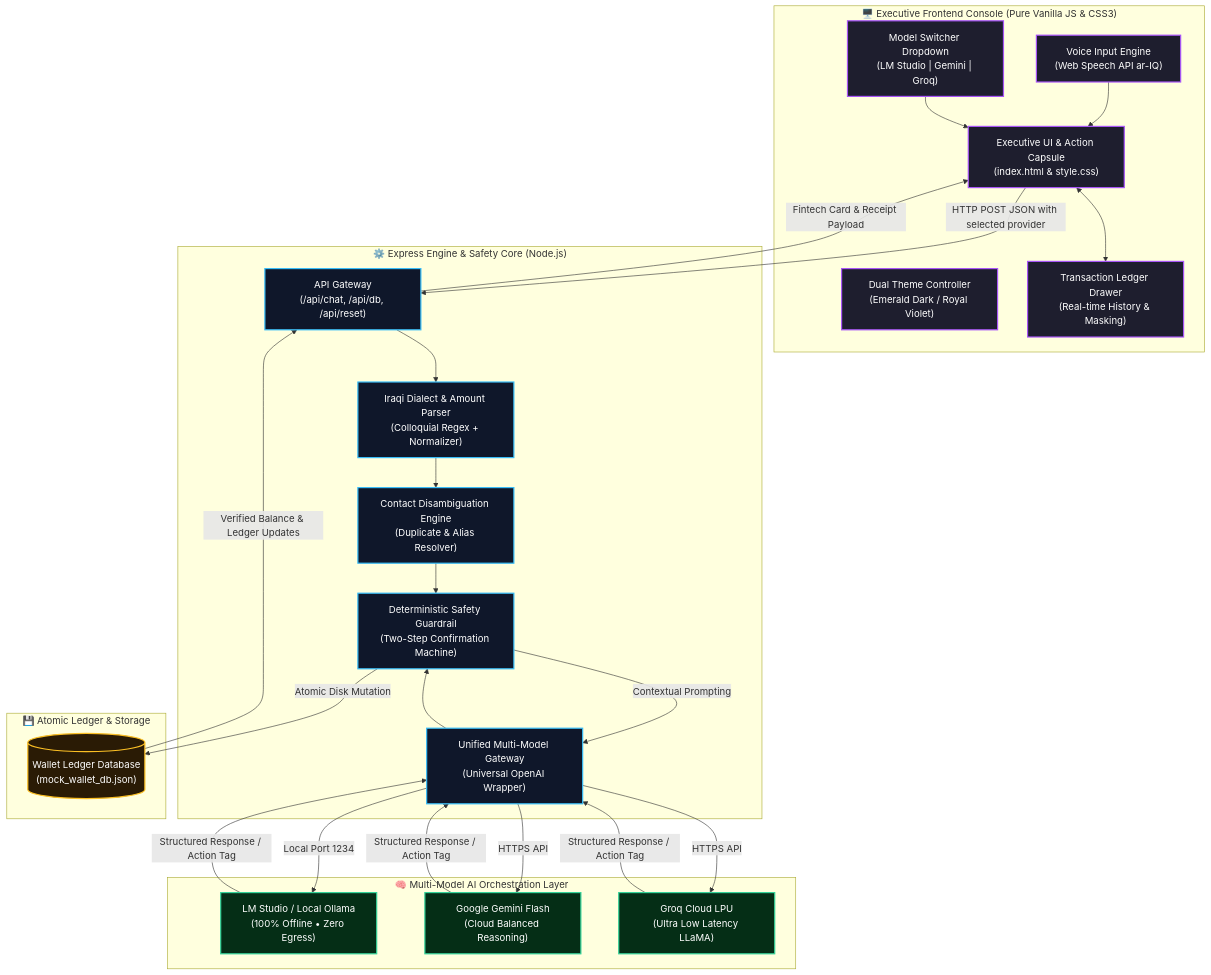
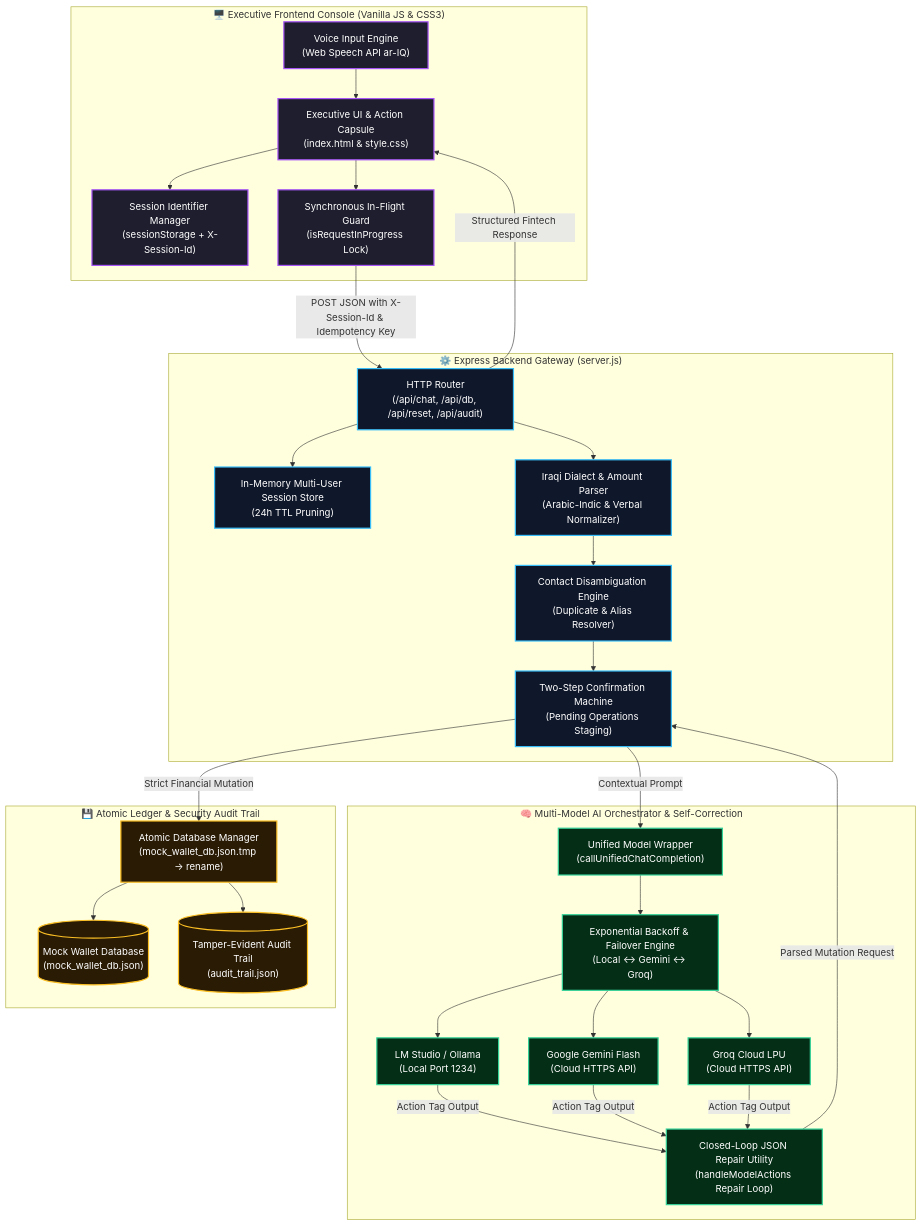
One commit to double-u9/VI changed the diagram in README.md. Above: the diagram before and after it, drawn with Mermaid. The commit also changed other lines of this file and 6 other files, not shown here.

Commit message:
feat: implement security audit logging, financial integrity guards, per-tab session isolation, and 99-test regression suite with docs overhaul

````diff
--- a/README.md
+++ b/README.md
@@ -150,50 +83,55 @@
 ```mermaid
 flowchart TD
     classDef clientStyle fill:#1e1e2e,stroke:#a855f7,stroke-width:2px,color:#fff;
     classDef serverStyle fill:#0f172a,stroke:#38bdf8,stroke-width:2px,color:#fff;
     classDef aiStyle fill:#052e16,stroke:#34d399,stroke-width:2px,color:#fff;
     classDef dbStyle fill:#2a1b05,stroke:#fbbf24,stroke-width:2px,color:#fff;
 
-    subgraph Client ["🖥️ Executive Frontend Console (Pure Vanilla JS & CSS3)"]
+    subgraph Client ["🖥️ Executive Frontend Console (Vanilla JS & CSS3)"]
         UI["Executive UI & Action Capsule\n(index.html & style.css)"]:::clientStyle
         Voice["Voice Input Engine\n(Web Speech API ar-IQ)"]:::clientStyle
-        ModelToggle["Model Switcher Dropdown\n(LM Studio | Gemini | Groq)"]:::clientStyle
-        Theme["Dual Theme Controller\n(Emerald Dark / Royal Violet)"]:::clientStyle
-        Drawer["Transaction Ledger Drawer\n(Real-time History & Masking)"]:::clientStyle
+        SessionMgr["Session Identifier Manager\n(sessionStorage + X-Session-Id)"]:::clientStyle
+        InFlightGuard["Synchronous In-Flight Guard\n(isRequestInProgress Lock)"]:::clientStyle
     end
 
-    subgraph Backend ["⚙️ Express Engine & Safety Core (Node.js)"]
-        Router["API Gateway\n(/api/chat, /api/db, /api/reset)"]:::serverStyle
-        NLP["Iraqi Dialect & Amount Parser\n(Colloquial Regex + Normalizer)"]:::serverStyle
-        Disambig["Contact Disambiguation Engine\n(Duplicate & Alias Resolver)"]:::serverStyle
-        Guardrail["Deterministic Safety Guardrail\n(Two-Step Confirmation Machine)"]:::serverStyle
-        ProviderRouter["Unified Multi-Model Gateway\n(Universal OpenAI Wrapper)"]:::serverStyle
+    subgraph Gateway ["⚙️ Express Backend Gateway (server.js)"]
+        Router["HTTP Router\n(/api/chat, /api/db, /api/reset, /api/audit)"]:::serverStyle
+        SessionStore["In-Memory Multi-User Session Store\n(24h TTL Pruning)"]:::serverStyle
+        DialectNLP["Iraqi Dialect & Amount Parser\n(Arabic-Indic & Verbal Normalizer)"]:::serverStyle
+        Disambiguation["Contact Disambiguation Engine\n(Duplicate & Alias Resolver)"]:::serverStyle
+        SafetyGate["Two-Step Confirmation Machine\n(Pending Operations Staging)"]:::serverStyle
     end
 
-    subgraph AI ["🧠 Multi-Model AI Orchestration Layer"]
-        LocalLM["LM Studio / Local Ollama\n(100% Offline • Zero Egress)"]:::aiStyle
-        Gemini["Google Gemini Flash\n(Cloud Balanced Reasoning)"]:::aiStyle
-        Groq["Groq Cloud LPU\n(Ultra Low Latency LLaMA)"]:::aiStyle
+    subgraph AI ["🧠 Multi-Model AI Orchestrator & Self-Correction"]
+        Orchestrator["Unified Model Wrapper\n(callUnifiedChatCompletion)"]:::aiStyle
+        RetryFailover["Exponential Backoff & Failover Engine\n(Local <-> Gemini <-> Groq)"]:::aiStyle
+        SelfCorrection["Closed-Loop JSON Repair Utility\n(handleModelActions Repair Loop)"]:::aiStyle
+        LocalLM["LM Studio / Ollama\n(Local Port 1234)"]:::aiStyle
+        Gemini["Google Gemini Flash\n(Cloud HTTPS API)"]:::aiStyle
+        Groq["Groq Cloud LPU\n(Cloud HTTPS API)"]:::aiStyle
     end
 
-    subgraph Storage ["💾 Atomic Ledger & Storage"]
-        DB[("Wallet Ledger Database\n(mock_wallet_db.json)")]:::dbStyle
+    subgraph Ledger ["💾 Atomic Ledger & Security Audit Trail"]
+        DBAtomic["Atomic Database Manager\n(mock_wallet_db.json.tmp -> rename)"]:::dbStyle
+        DBFile[("Mock Wallet Database\n(mock_wallet_db.json)")]:::dbStyle
+        AuditTrail[("Tamper-Evident Audit Trail\n(audit_trail.json)")]:::dbStyle
     end
 
+    UI --> SessionMgr
     Voice --> UI
-    ModelToggle --> UI
-    UI -->|HTTP POST JSON with selected provider| Router
-    Router --> NLP
-    NLP --> Disambig
-    Disambig --> Guardrail
-    Guardrail -->|Contextual Prompting| ProviderRouter
-    ProviderRouter -->|Local Port 1234| LocalLM
-    ProviderRouter -->|HTTPS API| Gemini
-    ProviderRouter -->|HTTPS API| Groq
-    LocalLM & Gemini & Groq -->|Structured Response / Action Tag| ProviderRouter
-    ProviderRouter --> Guardrail
-    Guardrail -->|Atomic Disk Mutation| DB
-    DB -->|Verified Balance & Ledger Updates| Router
-    Router -->|Fintech Card & Receipt Payload| UI
-    UI <--> Drawer
+    UI --> InFlightGuard
+    InFlightGuard -->|POST JSON with X-Session-Id & Idempotency Key| Router
+    Router --> SessionStore
+    Router --> DialectNLP
+    DialectNLP --> Disambiguation
+    Disambiguation --> SafetyGate
+    SafetyGate -->|Contextual Prompt| Orchestrator
+    Orchestrator --> RetryFailover
+    RetryFailover --> LocalLM & Gemini & Groq
+    LocalLM & Gemini & Groq -->|Action Tag Output| SelfCorrection
+    SelfCorrection -->|Parsed Mutation Request| SafetyGate
+    SafetyGate -->|Strict Financial Mutation| DBAtomic
+    DBAtomic --> DBFile
+    DBAtomic --> AuditTrail
+    Router -->|Structured Fintech Response| UI
 ```
````
